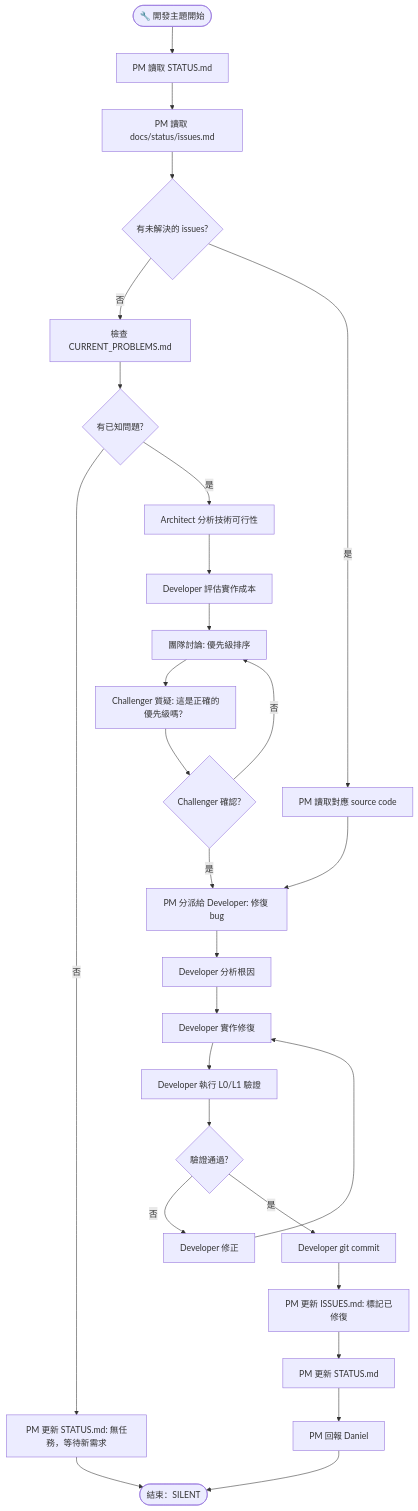
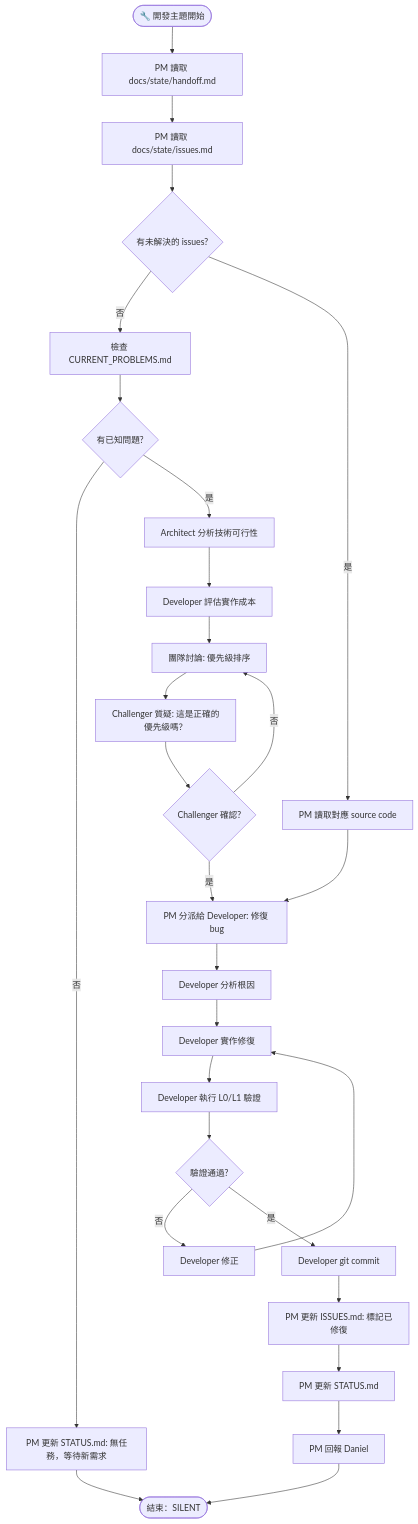
Before and after one commit to dyphn1/stock-explorer: the diagram in docs/workflow/dev.md, drawn with Mermaid. The commit also changed other lines of this file and 6 other files, not shown here.

````diff
--- a/docs/workflow/dev.md
+++ b/docs/workflow/dev.md
@@ -16,35 +16,35 @@
 ```mermaid
 flowchart TD
-    A([🔧 開發主題開始]) --> B[PM 讀取 STATUS.md]
-    B --> C[PM 讀取 docs/status/issues.md]
+    A([🔧 開發主題開始]) --> B[PM 讀取 docs/state/handoff.md]
+    B --> C[PM 讀取 docs/state/issues.md]
     C --> D{有未解決的 issues?}
     
     D -- 否 --> E[檢查 CURRENT_PROBLEMS.md]
     E --> F{有已知問題?}
     F -- 否 --> G[PM 更新 STATUS.md: 無任務，等待新需求]
     G --> Z([結束：SILENT])
     
     D -- 是 --> H[PM 讀取對應 source code]
     H --> I[PM 分派給 Developer: 修復 bug]
     I --> J[Developer 分析根因]
     J --> K[Developer 實作修復]
     K --> L[Developer 執行 L0/L1 驗證]
     L --> M{驗證通過?}
     
     M -- 否 --> N[Developer 修正]
     N --> K
     
     M -- 是 --> O[Developer git commit]
     O --> P[PM 更新 ISSUES.md: 標記已修復]
     P --> Q[PM 更新 STATUS.md]
     Q --> R[PM 回報 Daniel]
     R --> Z
     
     F -- 是 --> S[Architect 分析技術可行性]
     S --> T[Developer 評估實作成本]
     T --> U[團隊討論: 優先級排序]
     U --> V[Challenger 質疑: 這是正確的優先級嗎？]
     V --> W{Challenger 確認?}
     W -- 否 --> U
     W -- 是 --> I
 ```
````
